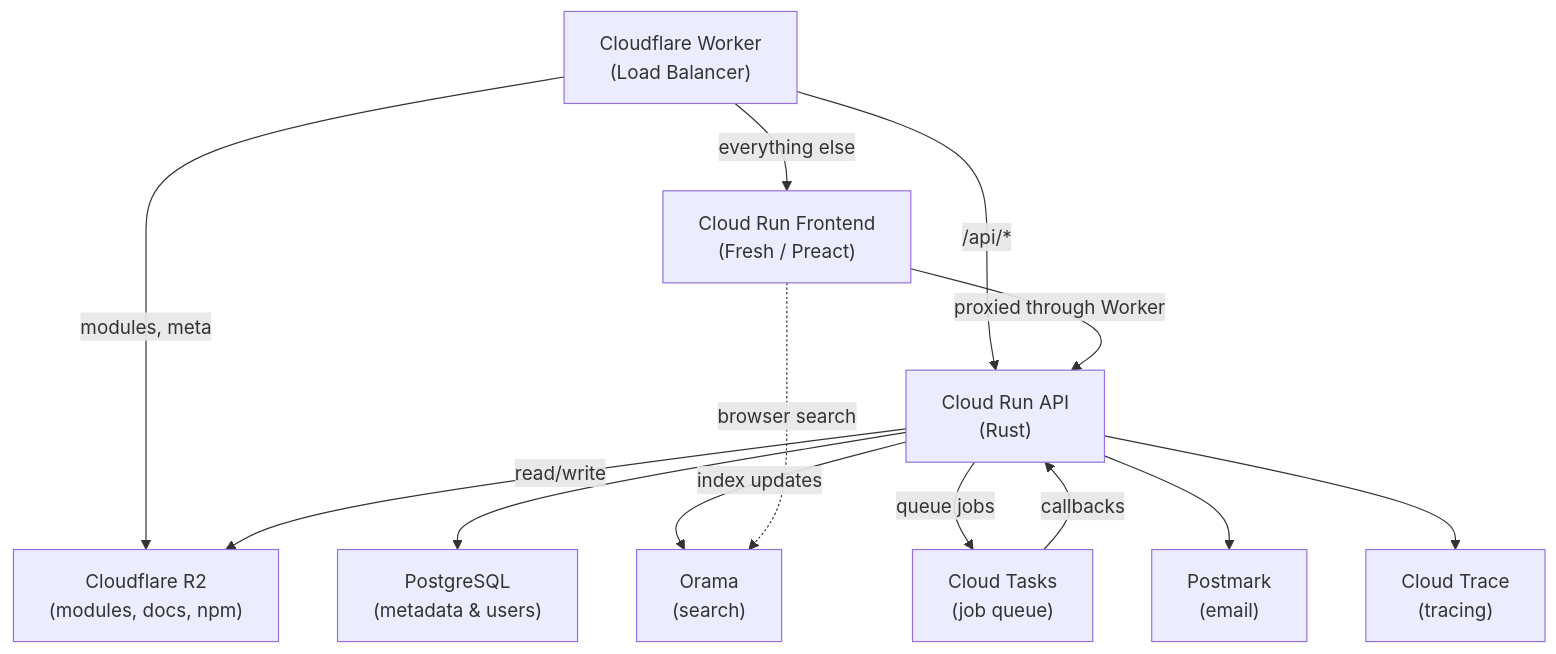
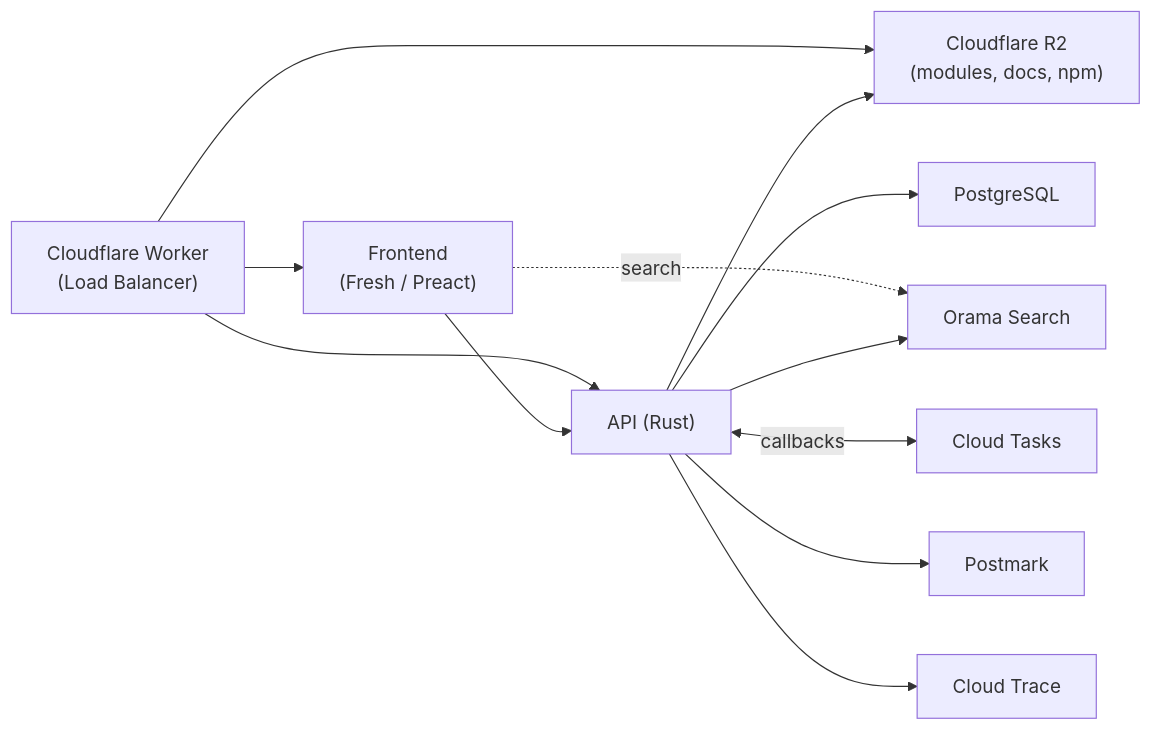
One commit to jsr-io/jsr changed the diagram in architecture.md. Above: the diagram before and after it, drawn with Mermaid.

Commit message:
better graph

````diff
--- a/architecture.md
+++ b/architecture.md
@@ -20,20 +20,18 @@
 ```mermaid
-graph TD
+graph LR
     Worker["Cloudflare Worker<br/>(Load Balancer)"]
 
-    Worker -- "/api/*" --> API["Cloud Run API<br/>(Rust)"]
-    Worker -- "modules, meta" --> R2["Cloudflare R2<br/>(modules, docs, npm)"]
-    Worker -- "everything else" --> Frontend["Cloud Run Frontend<br/>(Fresh / Preact)"]
+    Worker --> Frontend["Frontend<br/>(Fresh / Preact)"]
+    Worker --> API["API (Rust)"]
+    Worker --> R2["Cloudflare R2<br/>(modules, docs, npm)"]
 
-    API -- "read/write" --> R2
-    API --> Postgres["PostgreSQL<br/>(metadata & users)"]
-    API -- "index updates" --> Orama["Orama<br/>(search)"]
-    API -- "queue jobs" --> CloudTasks["Cloud Tasks<br/>(job queue)"]
-    API --> Postmark["Postmark<br/>(email)"]
-    API --> Trace["Cloud Trace<br/>(tracing)"]
+    Frontend --> API
+    Frontend -. "search" .-> Orama["Orama Search"]
 
-    CloudTasks -- "callbacks" --> API
-
-    Frontend -- "proxied through Worker" --> API
-    Frontend -. "browser search" .-> Orama
+    API --> R2
+    API --> Postgres["PostgreSQL"]
+    API --> Orama
+    API <-- "callbacks" --> CloudTasks["Cloud Tasks"]
+    API --> Postmark["Postmark"]
+    API --> Trace["Cloud Trace"]
 ```
````
